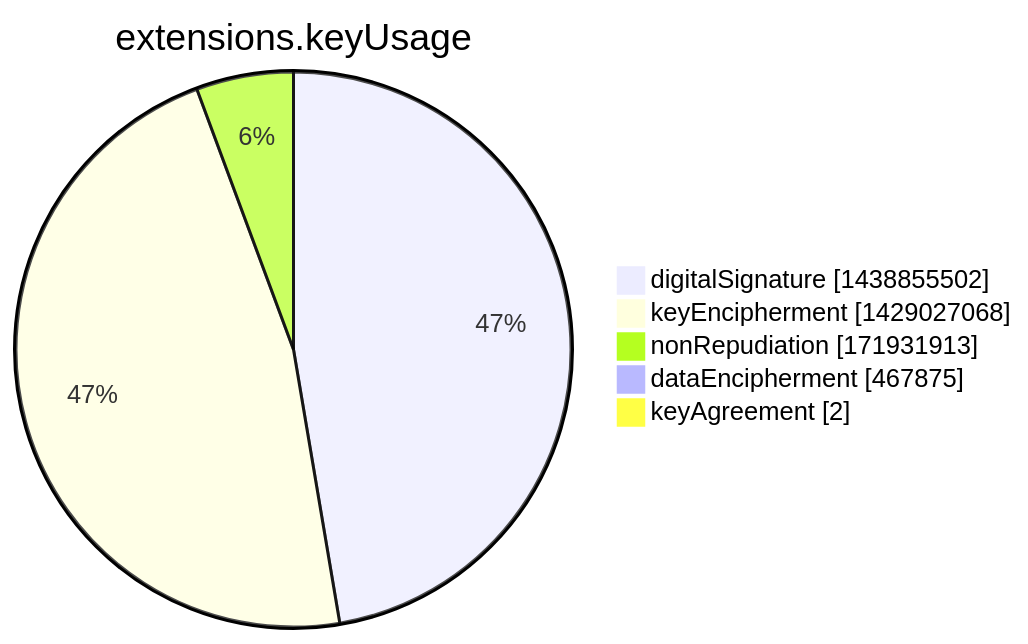
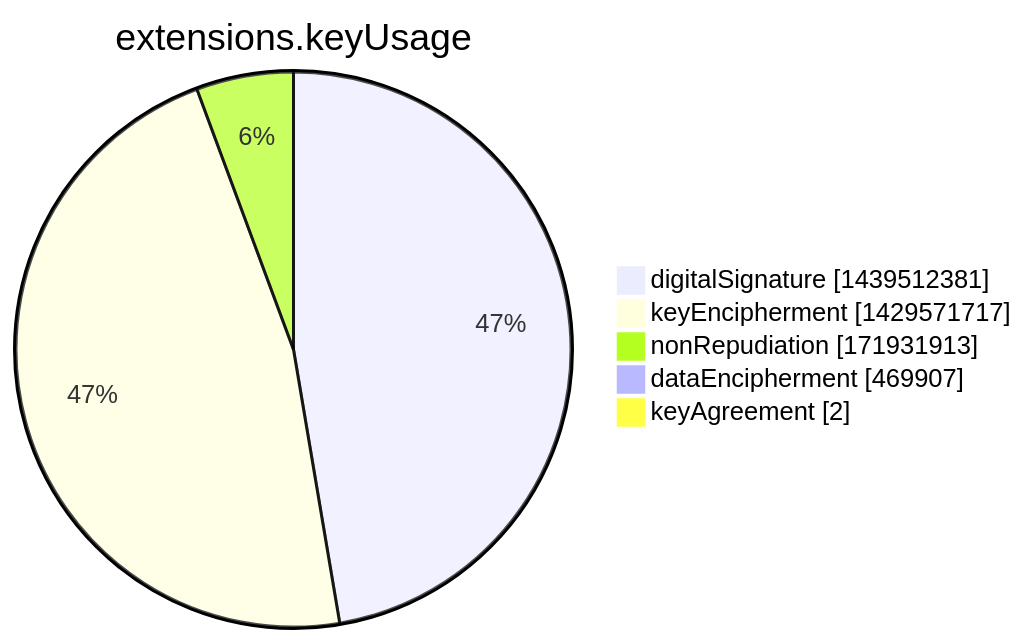
Before and after one commit to christiankrug/ctmonitor_visualization: the seventh of 15 diagrams in argon2022/README.md, drawn with Mermaid. The commit also changed other lines of this file, not shown here.

````diff
--- a/argon2022/README.md
+++ b/argon2022/README.md
@@ -2751,9 +2751,9 @@
 ```mermaid
 pie showData
 title extensions.keyUsage
-"digitalSignature" :1438855502
-"keyEncipherment" :1429027068
+"digitalSignature" :1439512381
+"keyEncipherment" :1429571717
 "nonRepudiation" :171931913
-"dataEncipherment" :467875
+"dataEncipherment" :469907
 "keyAgreement" :2
 ```
````
